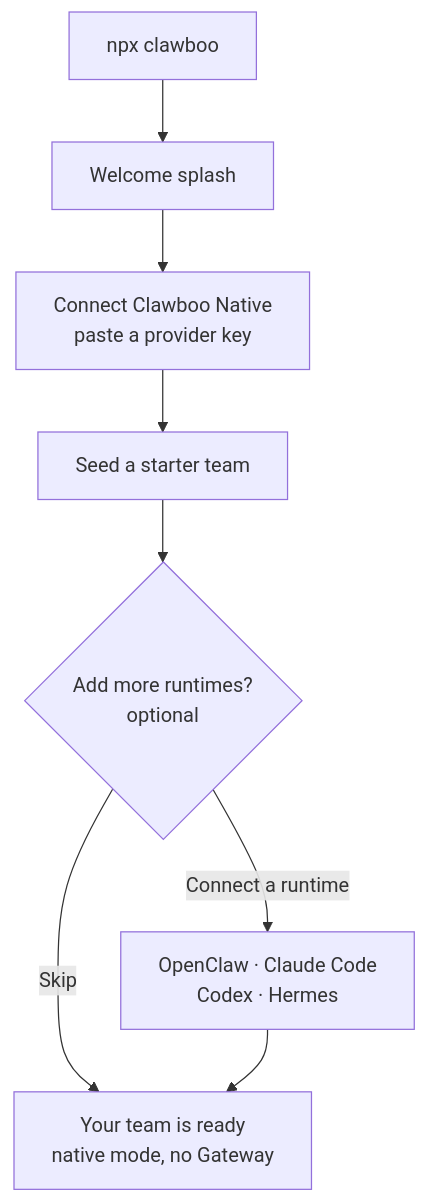
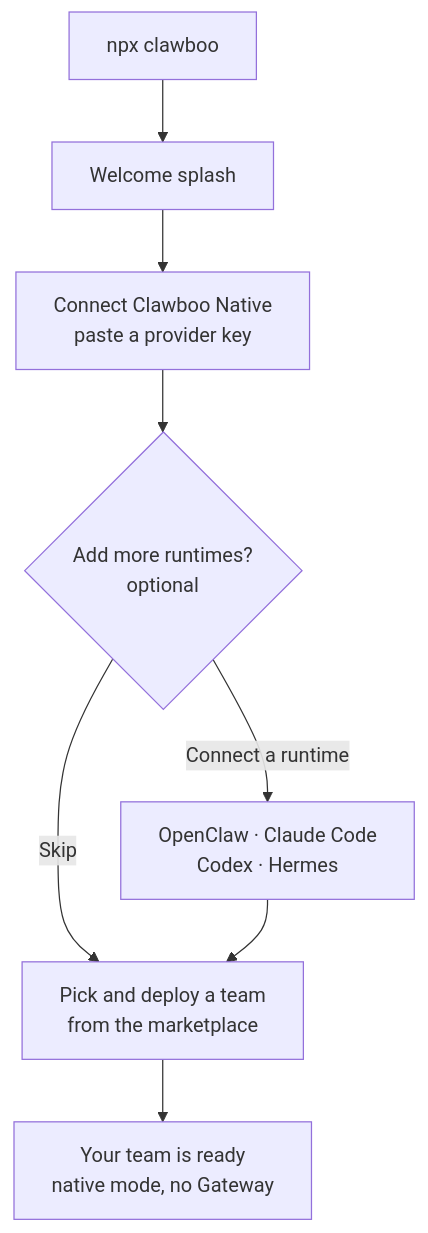
One commit to clawboo/clawboo changed the diagram in docs/getting-started/index.md. Above: the diagram before and after it, drawn with Mermaid. The commit also changed other lines of this file and 170 other files, not shown here.

First line of the commit message:
feat(native): ship native-first providers, runtimes, and model-aware team workflows (#52)

````diff
--- a/docs/getting-started/index.md
+++ b/docs/getting-started/index.md
@@ -36,10 +36,10 @@
 ```mermaid
 flowchart TD
     A[npx clawboo] --> B[Welcome splash]
     B --> C[Connect Clawboo Native<br/>paste a provider key]
-    C --> D[Seed a starter team]
-    D --> E{Add more runtimes?<br/>optional}
-    E -->|Skip| G[Your team is ready<br/>native mode, no Gateway]
+    C --> E{Add more runtimes?<br/>optional}
+    E -->|Skip| H[Pick and deploy a team<br/>from the marketplace]
     E -->|Connect a runtime| F[OpenClaw · Claude Code<br/>Codex · Hermes]
-    F --> G
+    F --> H
+    H --> G[Your team is ready<br/>native mode, no Gateway]
 ```
````
